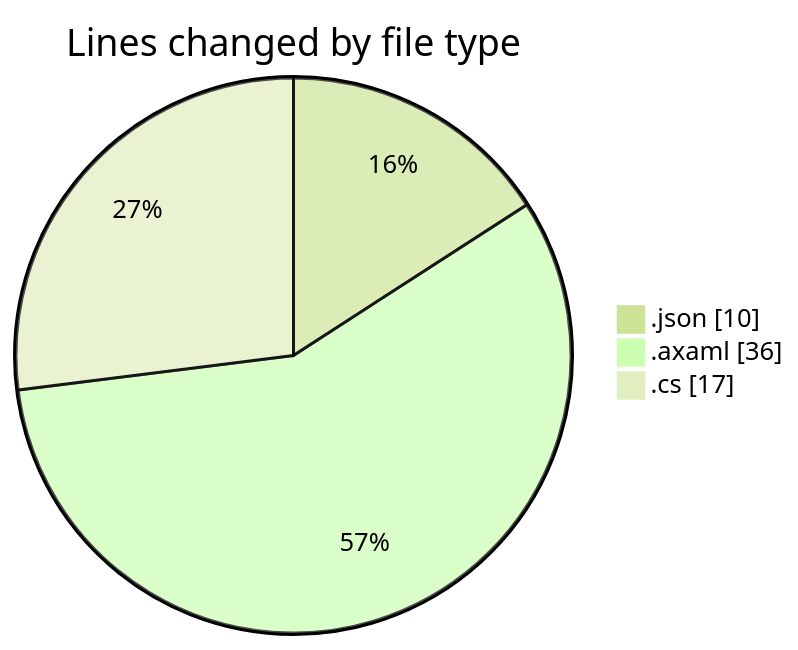
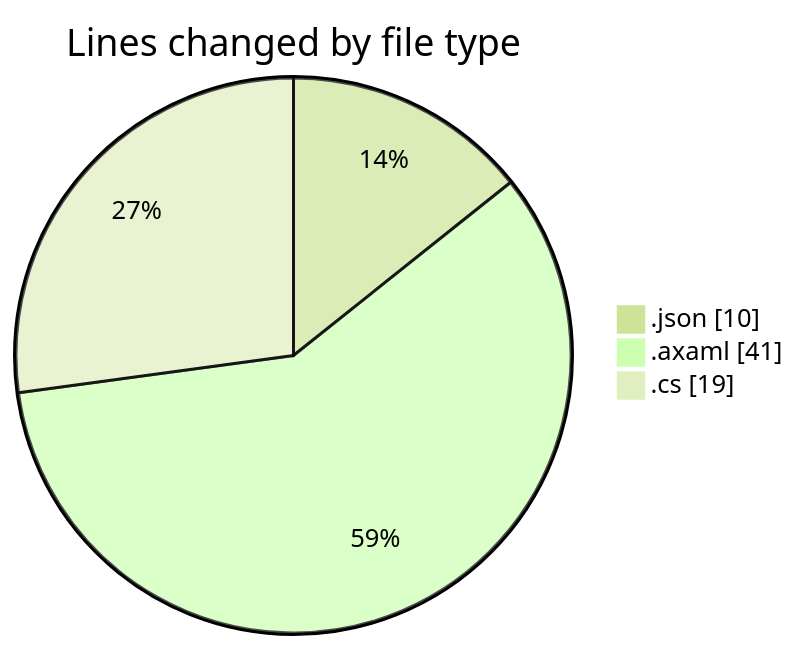
One commit to Netris89/code-tracking changed the first of 2 diagrams in 2025-10-15/skintrack/README.md. Above: the diagram before and after it, drawn with Mermaid (forest theme). The commit also changed other lines of this file and 1 other file, not shown here.

````diff
--- a/2025-10-15/skintrack/README.md
+++ b/2025-10-15/skintrack/README.md
@@ -22,7 +22,7 @@
 ```mermaid
 pie showData
 title Lines changed by file type
 ".json" : 10
-".axaml" : 36
-".cs" : 17
+".axaml" : 41
+".cs" : 19
 ```
````
